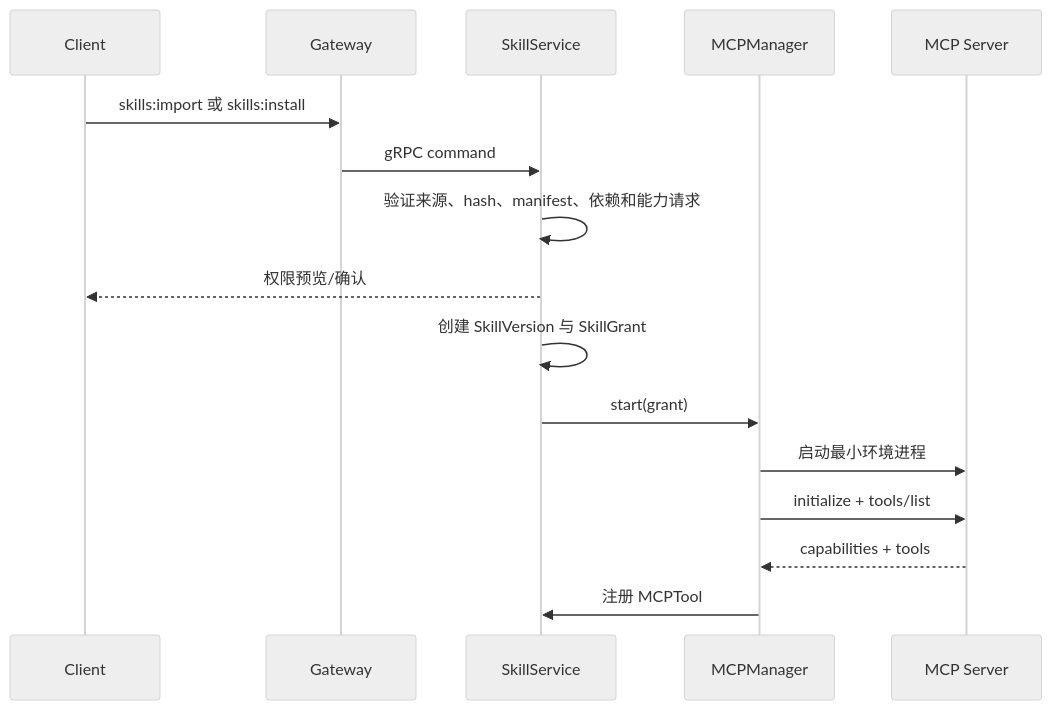
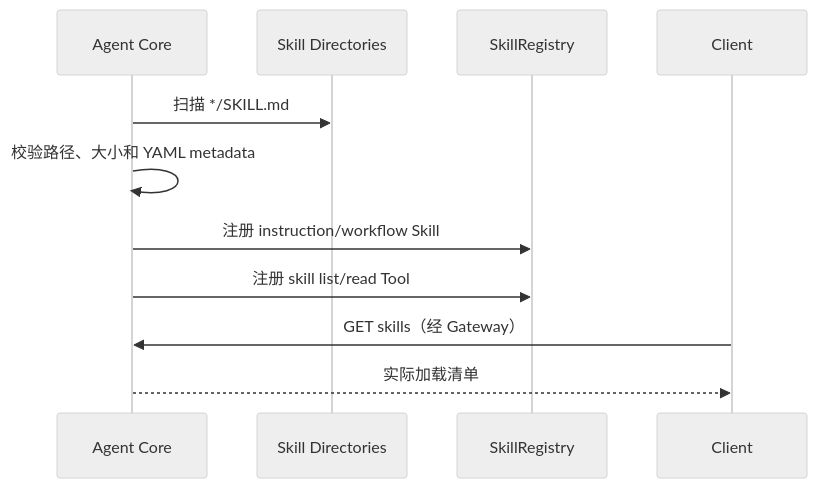
One commit to Mime-AL/MaigoKite changed the seventh of 10 diagrams in docs/design/Sequence.md. Above: the diagram before and after it, drawn with Mermaid (neutral theme). The commit also changed other lines of this file and 104 other files, not shown here.

````diff
--- a/docs/design/Sequence.md
+++ b/docs/design/Sequence.md
@@ -128,19 +149,14 @@
 ```mermaid
 sequenceDiagram
+    participant C as Agent Core
+    participant F as Skill Directories
+    participant R as SkillRegistry
     participant UI as Client
-    participant G as Gateway
-    participant P as SkillService
-    participant M as MCPManager
-    participant S as MCP Server
 
-    UI->>G: skills:import 或 skills:install
-    G->>P: gRPC command
-    P->>P: 验证来源、hash、manifest、依赖和能力请求
-    P-->>UI: 权限预览/确认
-    P->>P: 创建 SkillVersion 与 SkillGrant
-    P->>M: start(grant)
-    M->>S: 启动最小环境进程
-    M->>S: initialize + tools/list
-    S-->>M: capabilities + tools
-    M->>P: 注册 MCPTool
+    C->>F: 扫描 */SKILL.md
+    C->>C: 校验路径、大小和 YAML metadata
+    C->>R: 注册 instruction/workflow Skill
+    C->>R: 注册 skill list/read Tool
+    UI->>C: GET skills（经 Gateway）
+    C-->>UI: 实际加载清单
 ```
````
